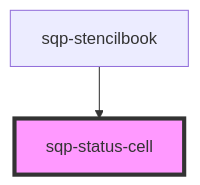
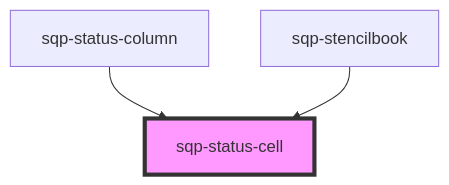
Before and after one commit to saasquatch/program-tools: the diagram in packages/paypal-components/src/components/sqp-status-cell/readme.md, drawn with Mermaid. The commit also changed other lines of this file and 6 other files, not shown here.

````diff
--- a/packages/paypal-components/src/components/sqp-status-cell/readme.md
+++ b/packages/paypal-components/src/components/sqp-status-cell/readme.md
@@ -31,5 +33,6 @@
 ```mermaid
 graph TD;
+  sqp-status-column --> sqp-status-cell
   sqp-stencilbook --> sqp-status-cell
   style sqp-status-cell fill:#f9f,stroke:#333,stroke-width:4px
 ```
````
